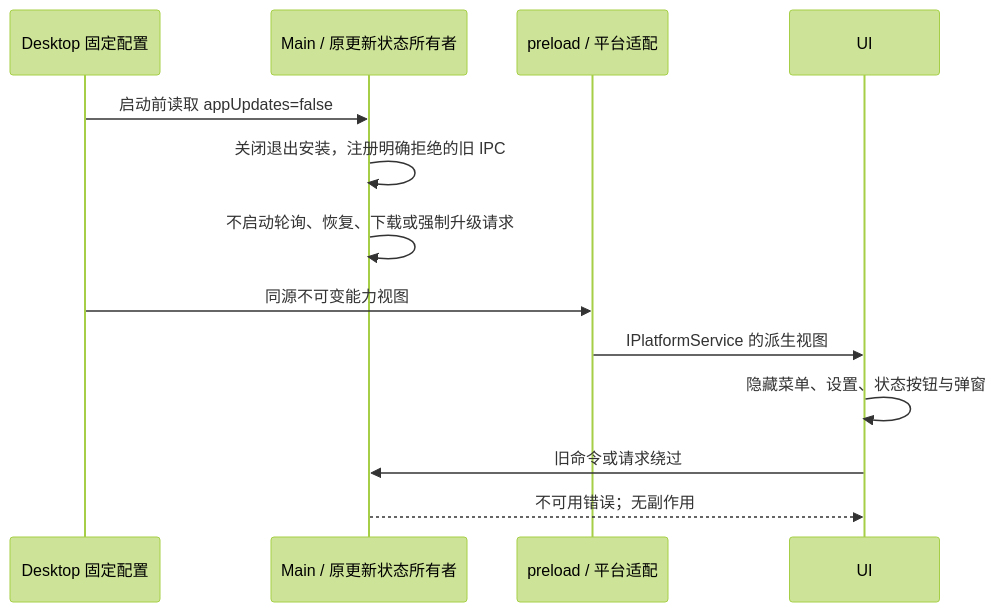
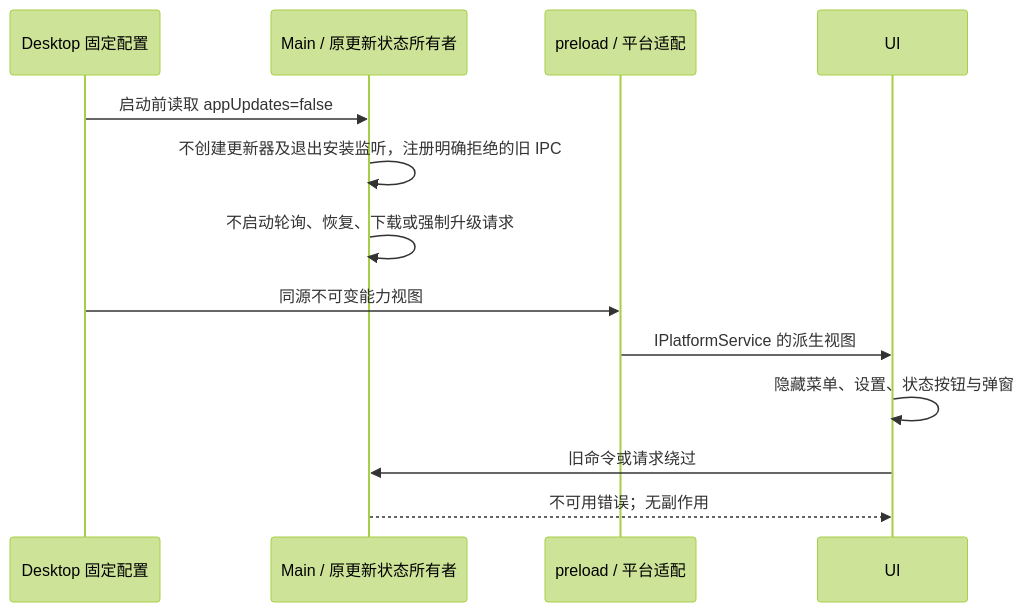
Before and after one commit to magiccaptain/ZCode-CZCE: the diagram in specs/desktop-local-fork/issue1-updates.md, drawn with Mermaid (forest theme). The commit also changed other lines of this file and 5 other files, not shown here.

````diff
--- a/specs/desktop-local-fork/issue1-updates.md
+++ b/specs/desktop-local-fork/issue1-updates.md
@@ -18,15 +18,15 @@
 ```mermaid
 sequenceDiagram
     participant P as Desktop 固定配置
     participant M as Main / 原更新状态所有者
     participant B as preload / 平台适配
     participant U as UI
     P->>M: 启动前读取 appUpdates=false
-    M->>M: 关闭退出安装，注册明确拒绝的旧 IPC
+    M->>M: 不创建更新器及退出安装监听，注册明确拒绝的旧 IPC
     M->>M: 不启动轮询、恢复、下载或强制升级请求
     P->>B: 同源不可变能力视图
     B->>U: IPlatformService 的派生视图
     U->>U: 隐藏菜单、设置、状态按钮与弹窗
     U->>M: 旧命令或请求绕过
     M-->>U: 不可用错误；无副作用
 ```
````
